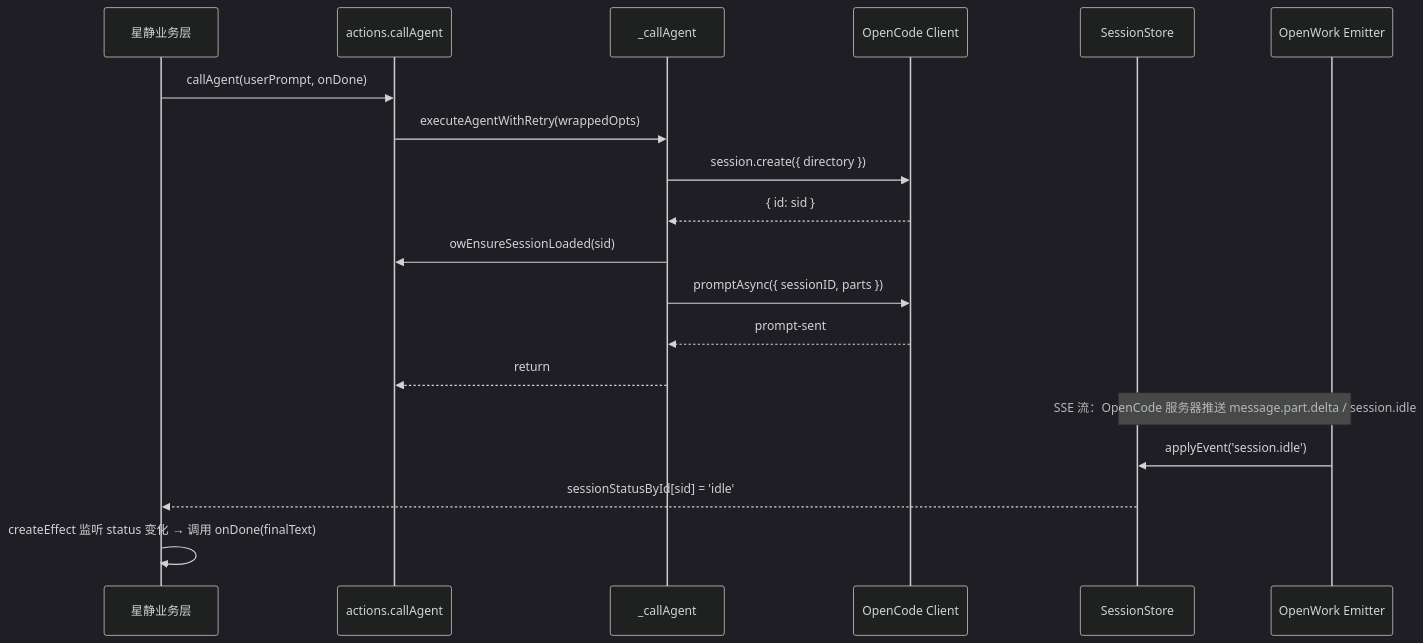
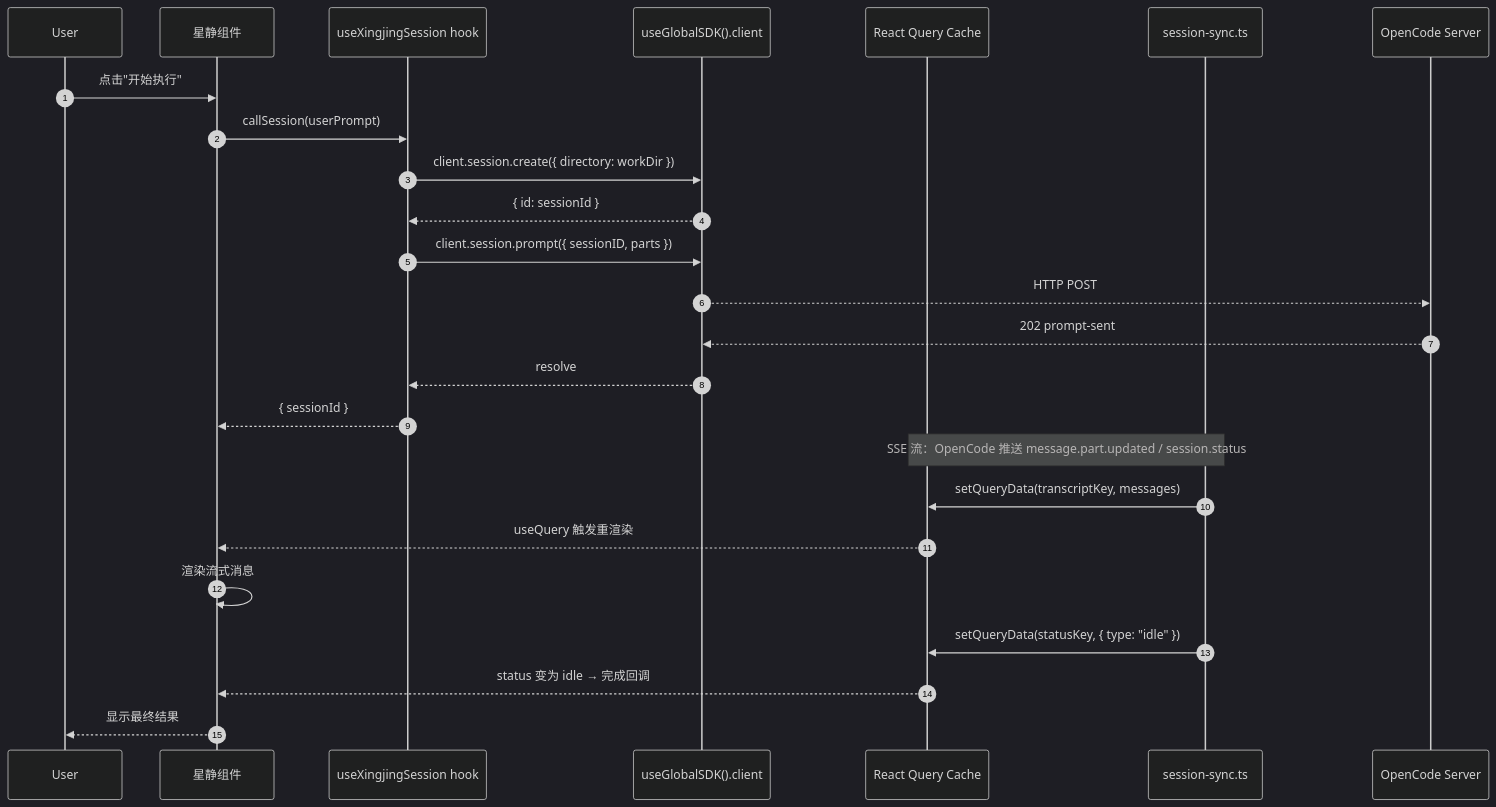
The second of 3 diagrams in docs/06-openwork-bridge-contract.md (kaka89/harnesswork), drawn with Mermaid (dark theme) before and after one commit. The commit also changed other lines of this file and 18 other files, not shown here.

````diff
--- a/docs/06-openwork-bridge-contract.md
+++ b/docs/06-openwork-bridge-contract.md
@@ -458,22 +526,28 @@
 ```mermaid
 sequenceDiagram
-    participant UI as 星静业务层
-    participant AS as actions.callAgent
-    participant OC as _callAgent
-    participant SDK as OpenCode Client
-    participant SS as SessionStore
-    participant EM as OpenWork Emitter
+    autonumber
+    participant User
+    participant XC as 星静组件
+    participant XH as useXingjingSession hook
+    participant SDK as useGlobalSDK().client
+    participant RQ as React Query Cache
+    participant SS as session-sync.ts
+    participant OC as OpenCode Server
 
-    UI->>AS: callAgent(userPrompt, onDone)
-    AS->>OC: executeAgentWithRetry(wrappedOpts)
-    OC->>SDK: session.create({ directory })
-    SDK-->>OC: { id: sid }
-    OC->>AS: owEnsureSessionLoaded(sid)
-    OC->>SDK: promptAsync({ sessionID, parts })
-    SDK-->>OC: prompt-sent
-    OC-->>AS: return
-    Note over EM,SS: SSE 流：OpenCode 服务器推送 message.part.delta / session.idle
-    EM->>SS: applyEvent('session.idle')
-    SS-->>UI: sessionStatusById[sid] = 'idle'
-    UI->>UI: createEffect 监听 status 变化 → 调用 onDone(finalText)
+    User->>XC: 点击"开始执行"
+    XC->>XH: callSession(userPrompt)
+    XH->>SDK: client.session.create({ directory: workDir })
+    SDK-->>XH: { id: sessionId }
+    XH->>SDK: client.session.prompt({ sessionID, parts })
+    SDK-->>OC: HTTP POST
+    OC-->>SDK: 202 prompt-sent
+    SDK-->>XH: resolve
+    XH-->>XC: { sessionId }
+    Note over SS,RQ: SSE 流：OpenCode 推送 message.part.updated / session.status
+    SS->>RQ: setQueryData(transcriptKey, messages)
+    RQ-->>XC: useQuery 触发重渲染
+    XC->>XC: 渲染流式消息
+    SS->>RQ: setQueryData(statusKey, { type: "idle" })
+    RQ-->>XC: status 变为 idle → 完成回调
+    XC-->>User: 显示最终结果
 ```
````
